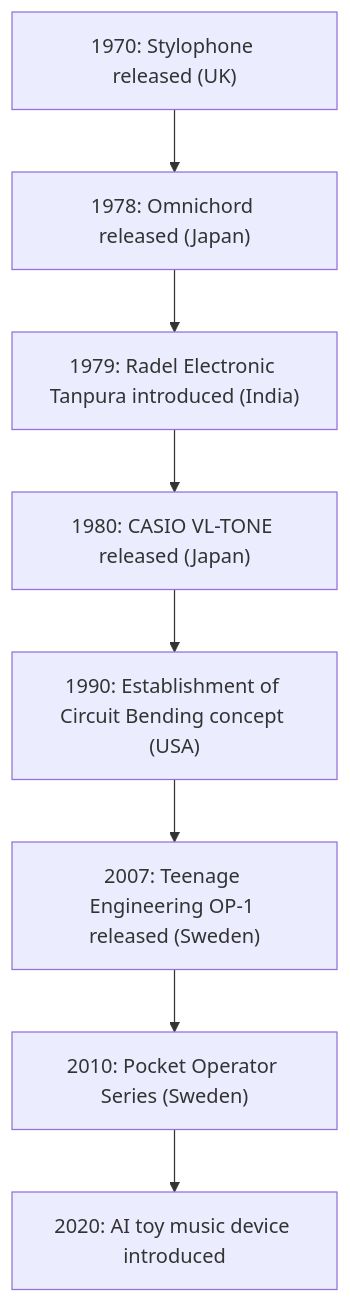
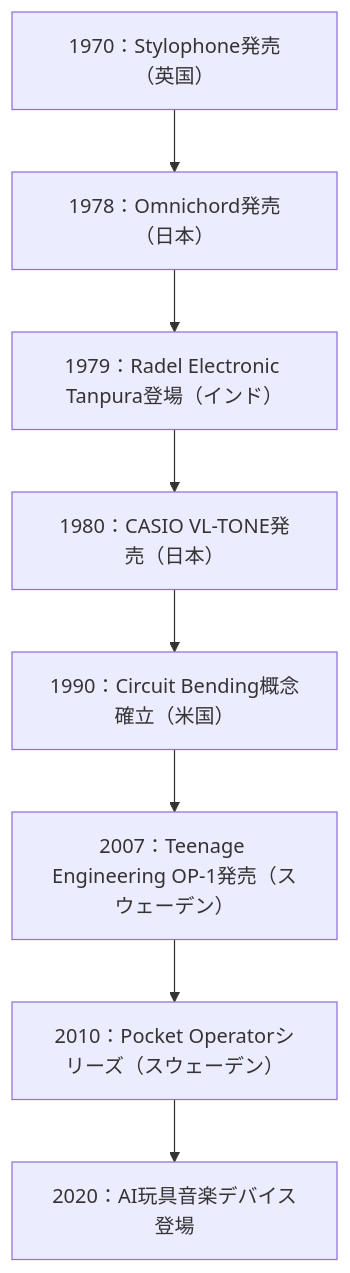
The diagram in en/_posts/2025-10-12-Column-Strange-Musical-Toys.md (monumental-movement/monumental-movement.github.io), drawn with Mermaid before and after one commit. The commit also changed other lines of this file and 1724 other files, not shown here.

```diff
--- a/en/_posts/2025-10-12-Column-Strange-Musical-Toys.md
+++ b/en/_posts/2025-10-12-Column-Strange-Musical-Toys.md
@@ -211,16 +209,16 @@
 <div class="mermaid">
 
 flowchart TD
 
-A1970["1970: Stylophone released (UK)"]
-B1978["1978: Omnichord released (Japan)"]
-C1979["1979: Radel Electronic Tanpura introduced (India)"]
-D1980["1980: CASIO VL-TONE released (Japan)"]
-E1990["1990: Establishment of Circuit Bending concept (USA)"]
-F2007["2007: Teenage Engineering OP-1 released (Sweden)"]
-G2010["2010: Pocket Operator Series (Sweden)"]
-H2020["2020: AI toy music device introduced"]
+    A1970["1970：Stylophone発売（英国）"]
+    B1978["1978：Omnichord発売（日本）"]
+    C1979["1979：Radel Electronic Tanpura登場（インド）"]
+    D1980["1980：CASIO VL-TONE発売（日本）"]
+    E1990["1990：Circuit Bending概念確立（米国）"]
+    F2007["2007：Teenage Engineering OP-1発売（スウェーデン）"]
+    G2010["2010：Pocket Operatorシリーズ（スウェーデン）"]
+    H2020["2020：AI玩具音楽デバイス登場"]
     
-A1970 --> B1978 --> C1979 --> D1980 --> E1990 --> F2007 --> G2010 --> H2020
+    A1970 --> B1978 --> C1979 --> D1980 --> E1990 --> F2007 --> G2010 --> H2020
 
 </div>
```
